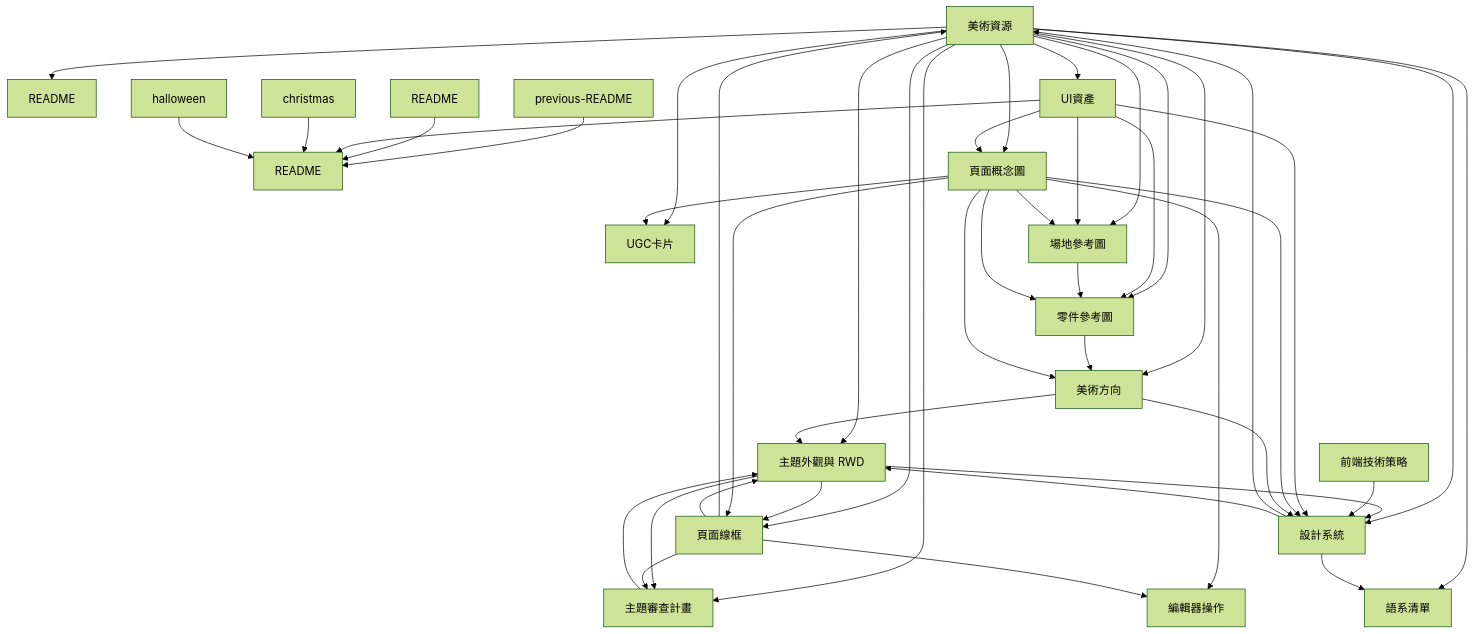
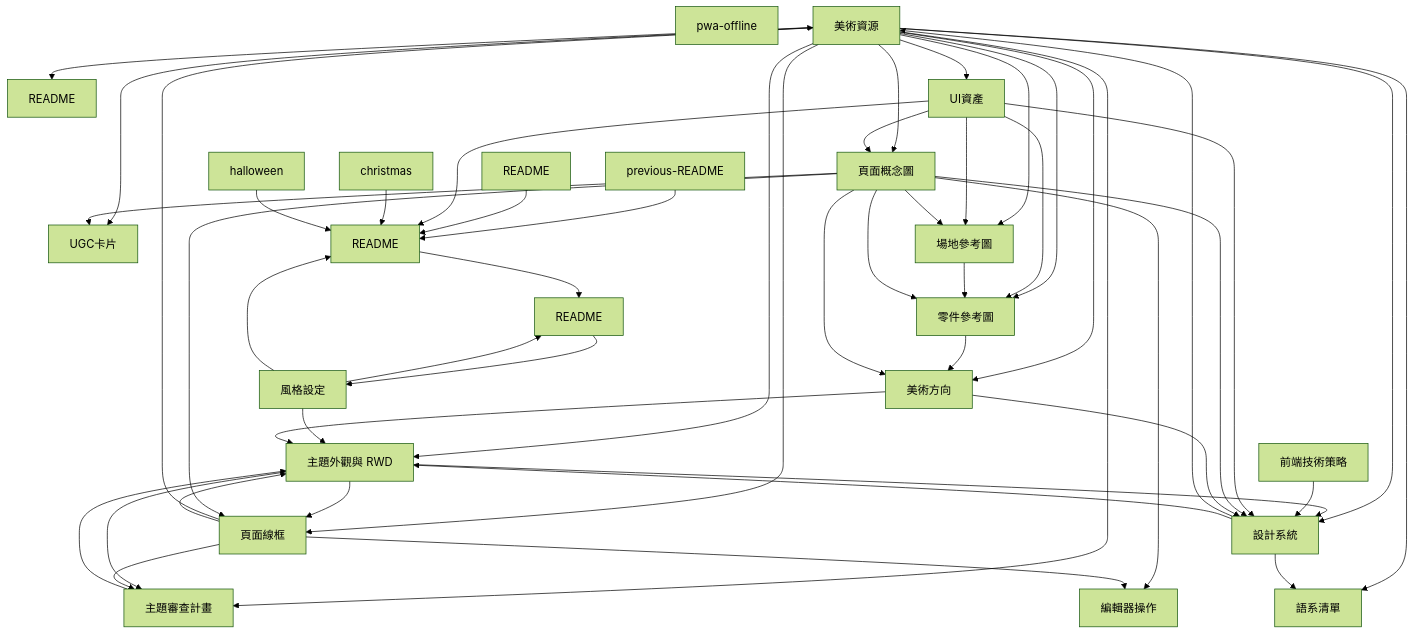
Before and after one commit to xjustloveux/open-4wd-specs: diagram 15 of 17 in docs-map.md, drawn with Mermaid (forest theme). The commit also changed other lines of this file and 54 other files, not shown here.

````diff
--- a/docs-map.md
+++ b/docs-map.md
@@ -856,67 +857,75 @@
 ```mermaid
 flowchart TB
-  n0["編輯器操作"]
-  n1["美術資源"]
-  n2["README"]
-  n3["UGC卡片"]
-  n4["主題外觀與 RWD"]
-  n5["主題審查計畫"]
-  n6["前端技術策略"]
+  n0["pwa-offline"]
+  n1["編輯器操作"]
+  n2["美術資源"]
+  n3["README"]
+  n4["UGC卡片"]
+  n5["主題外觀與 RWD"]
+  n6["主題審查計畫"]
   n7["README"]
-  n8["previous-README"]
-  n9["README"]
-  n10["UI資產"]
-  n11["場地參考圖"]
-  n12["christmas"]
-  n13["halloween"]
-  n14["零件參考圖"]
-  n15["頁面概念圖"]
-  n16["美術方向"]
-  n17["設計系統"]
-  n18["頁面線框"]
-  n19["語系清單"]
-  n1 --> n2
-  n1 --> n3
-  n1 --> n4
-  n1 --> n5
-  n1 --> n10
-  n1 --> n11
-  n1 --> n14
-  n1 --> n15
-  n1 --> n16
-  n1 --> n17
-  n1 --> n18
-  n1 --> n19
-  n4 --> n5
-  n4 --> n17
-  n4 --> n18
-  n5 --> n4
-  n6 --> n17
+  n8["風格設定"]
+  n9["前端技術策略"]
+  n10["README"]
+  n11["previous-README"]
+  n12["README"]
+  n13["UI資產"]
+  n14["場地參考圖"]
+  n15["christmas"]
+  n16["halloween"]
+  n17["零件參考圖"]
+  n18["頁面概念圖"]
+  n19["美術方向"]
+  n20["設計系統"]
+  n21["頁面線框"]
+  n22["語系清單"]
+  n2 --> n3
+  n2 --> n4
+  n2 --> n5
+  n2 --> n6
+  n2 --> n13
+  n2 --> n14
+  n2 --> n17
+  n2 --> n18
+  n2 --> n19
+  n2 --> n20
+  n2 --> n21
+  n2 --> n22
+  n5 --> n6
+  n5 --> n20
+  n5 --> n21
+  n6 --> n5
+  n7 --> n8
+  n8 --> n5
   n8 --> n7
-  n9 --> n7
+  n8 --> n10
+  n9 --> n20
   n10 --> n7
-  n10 --> n11
-  n10 --> n14
-  n10 --> n15
-  n10 --> n17
-  n11 --> n14
-  n12 --> n7
-  n13 --> n7
-  n14 --> n16
-  n15 --> n0
-  n15 --> n3
-  n15 --> n11
-  n15 --> n14
-  n15 --> n16
-  n15 --> n17
-  n15 --> n18
-  n16 --> n4
-  n16 --> n17
-  n17 --> n1
-  n17 --> n4
+  n11 --> n10
+  n12 --> n10
+  n13 --> n10
+  n13 --> n14
+  n13 --> n17
+  n13 --> n18
+  n13 --> n20
+  n14 --> n17
+  n15 --> n10
+  n16 --> n10
   n17 --> n19
-  n18 --> n0
   n18 --> n1
   n18 --> n4
-  n18 --> n5
+  n18 --> n14
+  n18 --> n17
+  n18 --> n19
+  n18 --> n20
+  n18 --> n21
+  n19 --> n5
+  n19 --> n20
+  n20 --> n2
+  n20 --> n5
+  n20 --> n22
+  n21 --> n1
+  n21 --> n2
+  n21 --> n5
+  n21 --> n6
 ```
````
